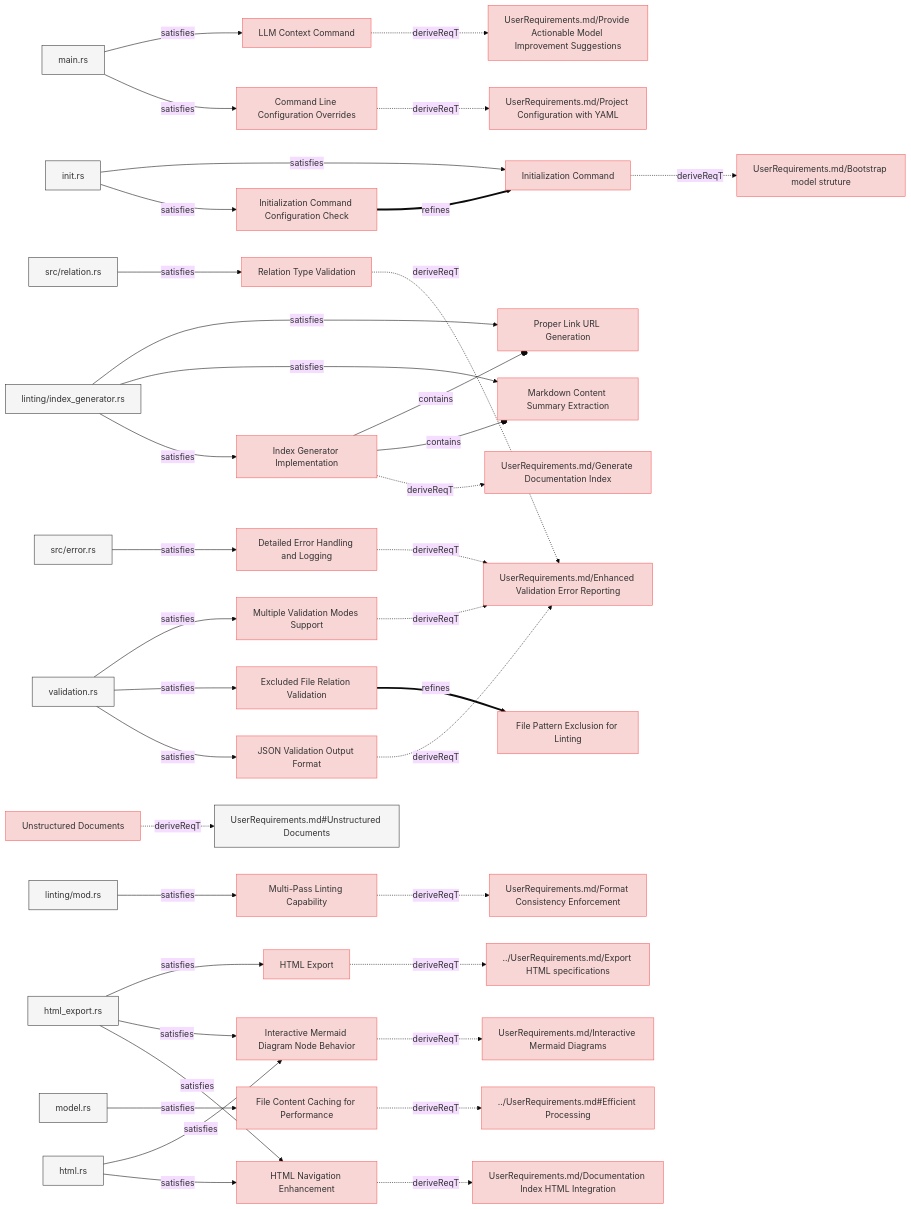
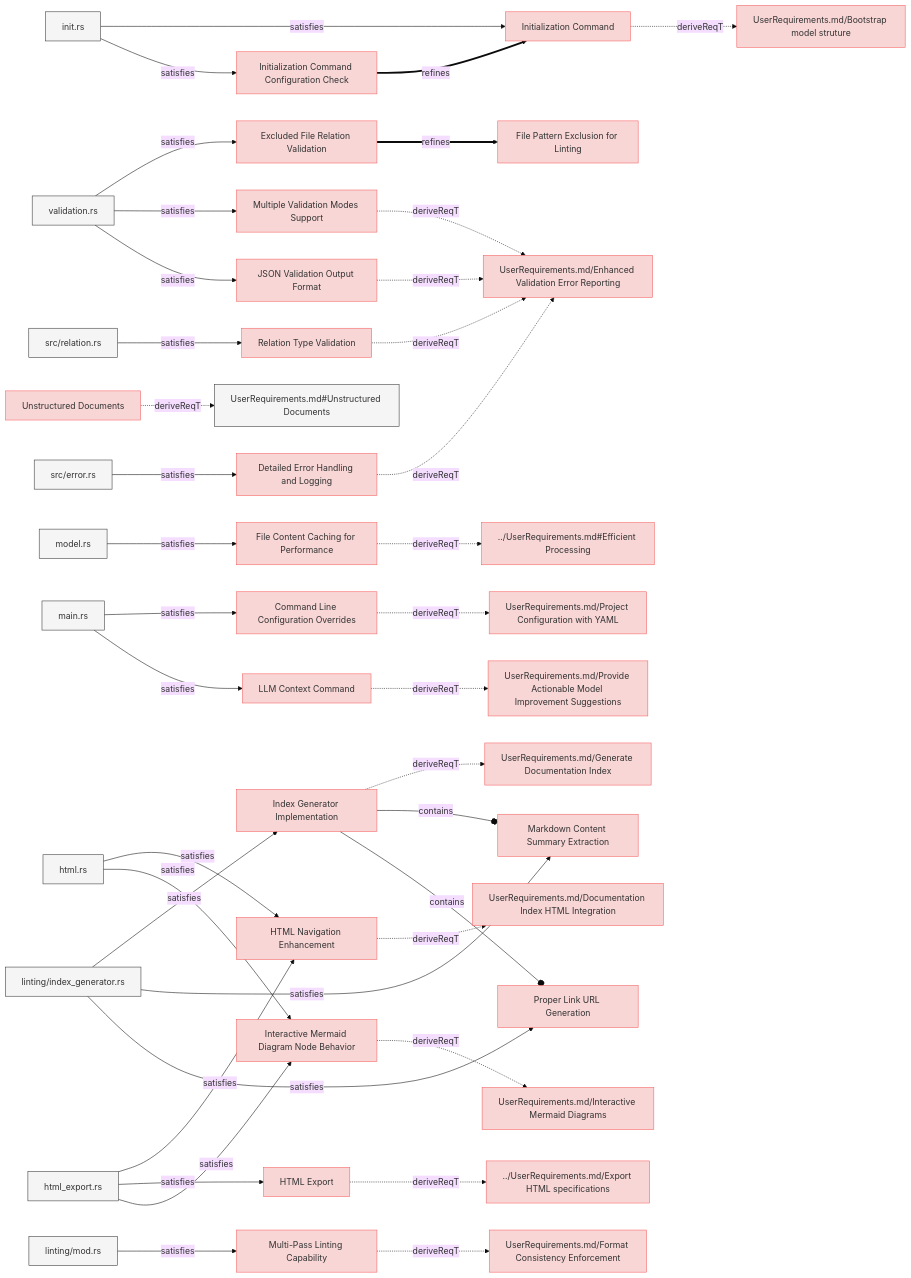
One commit to reqvire-org/reqvire changed the third of 3 diagrams in specifications/SystemRequirements/Requirements.md. Above: the diagram before and after it, drawn with Mermaid (base theme). The commit also changed other lines of this file and 10 other files, not shown here.

````diff
--- a/specifications/SystemRequirements/Requirements.md
+++ b/specifications/SystemRequirements/Requirements.md
@@ -376,6 +318,156 @@
   classDef externalLink fill:#d0e0ff,stroke:#3080ff,stroke-width:1px;
   classDef default fill:#f5f5f5,stroke:#333333,stroke-width:1px;
 
+  c5c85bedd1["Excluded File Relation Validation"];
+  click c5c85bedd1 "Requirements.md#excluded-file-relation-validation";
+  class c5c85bedd1 requirement;
+  45770e9b31["File Pattern Exclusion for Linting"];
+  class 45770e9b31 requirement;
+  click 45770e9b31 "Requirements.md#file-pattern-exclusion-for-linting";
+  c5c85bedd1 ==>|refines| 45770e9b31;
+  23c0490f7b["src/validation.rs"];
+  class 23c0490f7b default;
+  click 23c0490f7b "/src/validation.rs";
+  23c0490f7b -->|satisfies| c5c85bedd1;
+  ec70b05609["Index Generator Implementation"];
+  click ec70b05609 "Requirements.md#index-generator-implementation";
+  class ec70b05609 requirement;
+  f5b5eaeb28["UserRequirements.md/Generate Documentation Index"];
+  class f5b5eaeb28 requirement;
+  click f5b5eaeb28 "../UserRequirements.md#generate-documentation-index";
+  ec70b05609 -.->|deriveReqT| f5b5eaeb28;
+  6433b28d02["linting/index_generator.rs"];
+  class 6433b28d02 default;
+  click 6433b28d02 "/src/linting/index_generator.rs";
+  6433b28d02 -->|satisfies| ec70b05609;
+  2294a7e703["Initialization Command"];
+  click 2294a7e703 "Requirements.md#initialization-command";
+  class 2294a7e703 requirement;
+  a2398f7051["UserRequirements.md/Bootstrap model struture"];
+  class a2398f7051 requirement;
+  click a2398f7051 "../UserRequirements.md#bootstrap-model-struture";
+  2294a7e703 -.->|deriveReqT| a2398f7051;
+  5a12561904["init.rs"];
+  class 5a12561904 default;
+  click 5a12561904 "/src/init.rs";
+  5a12561904 -->|satisfies| 2294a7e703;
+  3b4ff428f7["Multiple Validation Modes Support"];
+  click 3b4ff428f7 "Requirements.md#multiple-validation-modes-support";
+  class 3b4ff428f7 requirement;
+  7cf5cf9900["UserRequirements.md/Enhanced Validation Error Reporting"];
+  class 7cf5cf9900 requirement;
+  click 7cf5cf9900 "../UserRequirements.md#enhanced-validation-error-reporting";
+  3b4ff428f7 -.->|deriveReqT| 7cf5cf9900;
+  23c0490f7b["validation.rs"];
+  class 23c0490f7b default;
+  click 23c0490f7b "/src/validation.rs";
+  23c0490f7b -->|satisfies| 3b4ff428f7;
+  94546ef055["Command Line Configuration Overrides"];
+  click 94546ef055 "Requirements.md#command-line-configuration-overrides";
+  class 94546ef055 requirement;
+  7430e12113["UserRequirements.md/Project Configuration with YAML"];
+  class 7430e12113 requirement;
+  click 7430e12113 "../UserRequirements.md#project-configuration-with-yaml";
+  94546ef055 -.->|deriveReqT| 7430e12113;
+  1e4703f03b["main.rs"];
+  class 1e4703f03b default;
+  click 1e4703f03b "/src/main.rs";
+  1e4703f03b -->|satisfies| 94546ef055;
+  dcf18d2ae4["JSON Validation Output Format"];
+  click dcf18d2ae4 "Requirements.md#json-validation-output-format";
+  class dcf18d2ae4 requirement;
+  dcf18d2ae4 -.->|deriveReqT| 7cf5cf9900;
+  23c0490f7b["validation.rs"];
+  class 23c0490f7b default;
+  click 23c0490f7b "/src/validation.rs";
+  23c0490f7b -->|satisfies| dcf18d2ae4;
+  86e0701b6c["HTML Navigation Enhancement"];
+  click 86e0701b6c "Requirements.md#html-navigation-enhancement";
+  class 86e0701b6c requirement;
+  e1c89b5d94["UserRequirements.md/Documentation Index HTML Integration"];
+  class e1c89b5d94 requirement;
+  click e1c89b5d94 "../UserRequirements.md#documentation-index-html-integration";
+  86e0701b6c -.->|deriveReqT| e1c89b5d94;
+  2634dfc94f["html.rs"];
+  class 2634dfc94f default;
+  click 2634dfc94f "/src/html.rs";
+  2634dfc94f -->|satisfies| 86e0701b6c;
+  95675a5651["html_export.rs"];
+  class 95675a5651 default;
+  click 95675a5651 "/src/html_export.rs";
+  95675a5651 -->|satisfies| 86e0701b6c;
+  5a1719a264["Unstructured Documents"];
+  click 5a1719a264 "Requirements.md#unstructured-documents";
+  class 5a1719a264 requirement;
+  925533940c["UserRequirements.md#Unstructured Documents"];
+  class 925533940c default;
+  click 925533940c "../UserRequirements.md#unstructured-documents";
+  5a1719a264 -.->|deriveReqT| 925533940c;
+  5870488e00["Relation Type Validation"];
+  click 5870488e00 "Requirements.md#relation-type-validation";
+  class 5870488e00 requirement;
+  5870488e00 -.->|deriveReqT| 7cf5cf9900;
+  3fc2f2af6f["src/relation.rs"];
+  class 3fc2f2af6f default;
+  click 3fc2f2af6f "/src/relation.rs";
+  3fc2f2af6f -->|satisfies| 5870488e00;
+  714d92f4ec["Initialization Command Configuration Check"];
+  click 714d92f4ec "Requirements.md#initialization-command-configuration-check";
+  class 714d92f4ec requirement;
+  714d92f4ec ==>|refines| 2294a7e703;
+  5a12561904["init.rs"];
+  class 5a12561904 default;
+  click 5a12561904 "/src/init.rs";
+  5a12561904 -->|satisfies| 714d92f4ec;
+  98bd2bd6bd["File Content Caching for Performance"];
+  click 98bd2bd6bd "Requirements.md#file-content-caching-for-performance";
+  class 98bd2bd6bd requirement;
+  f07cf1cbfa["../UserRequirements.md#Efficient Processing"];
+  class f07cf1cbfa requirement;
+  click f07cf1cbfa "../UserRequirements.md#efficient-processing";
+  98bd2bd6bd -.->|deriveReqT| f07cf1cbfa;
+  f40f16b635["model.rs"];
+  class f40f16b635 default;
+  click f40f16b635 "/src/model.rs";
+  f40f16b635 -->|satisfies| 98bd2bd6bd;
+  c8b6ccc187["HTML Export"];
+  click c8b6ccc187 "Requirements.md#html-export";
+  class c8b6ccc187 requirement;
+  72c7eda618["../UserRequirements.md/Export HTML specifications"];
+  class 72c7eda618 requirement;
+  click 72c7eda618 "../UserRequirements.md#export-html-specifications";
+  c8b6ccc187 -.->|deriveReqT| 72c7eda618;
+  95675a5651["html_export.rs"];
+  class 95675a5651 default;
+  click 95675a5651 "/src/html_export.rs";
+  95675a5651 -->|satisfies| c8b6ccc187;
+  464cd8f172["Markdown Content Summary Extraction"];
+  click 464cd8f172 "Requirements.md#markdown-content-summary-extraction";
+  class 464cd8f172 requirement;
+  ec70b05609 --o|contains| 464cd8f172;
+  6433b28d02["linting/index_generator.rs"];
+  class 6433b28d02 default;
+  click 6433b28d02 "/src/linting/index_generator.rs";
+  6433b28d02 -->|satisfies| 464cd8f172;
+  feb2e14e3b["Multi-Pass Linting Capability"];
+  click feb2e14e3b "Requirements.md#multi-pass-linting-capability";
+  class feb2e14e3b requirement;
+  81758bdb22["UserRequirements.md/Format Consistency Enforcement"];
+  class 81758bdb22 requirement;
+  click 81758bdb22 "../UserRequirements.md#format-consistency-enforcement";
+  feb2e14e3b -.->|deriveReqT| 81758bdb22;
+  5d72a78def["linting/mod.rs"];
+  class 5d72a78def default;
+  click 5d72a78def "/src/linting/mod.rs";
+  5d72a78def -->|satisfies| feb2e14e3b;
+  e30559f0b9["Proper Link URL Generation"];
+  click e30559f0b9 "Requirements.md#proper-link-url-generation";
+  class e30559f0b9 requirement;
+  ec70b05609 --o|contains| e30559f0b9;
+  6433b28d02["linting/index_generator.rs"];
+  class 6433b28d02 default;
+  click 6433b28d02 "/src/linting/index_generator.rs";
+  6433b28d02 -->|satisfies| e30559f0b9;
   8ba9c7e059["LLM Context Command"];
   click 8ba9c7e059 "Requirements.md#llm-context-command";
   class 8ba9c7e059 requirement;
@@ -385,151 +477,16 @@
   8ba9c7e059 -.->|deriveReqT| ec56dd665a;
   1e4703f03b["main.rs"];
   class 1e4703f03b default;
-  click 1e4703f03b "https://github.com/reqflow/reqflow/src/main.rs";
+  click 1e4703f03b "/src/main.rs";
   1e4703f03b -->|satisfies| 8ba9c7e059;
-  c8b6ccc187["HTML Export"];
-  click c8b6ccc187 "Requirements.md#html-export";
-  class c8b6ccc187 requirement;
-  72c7eda618["../UserRequirements.md/Export HTML specifications"];
-  class 72c7eda618 requirement;
-  click 72c7eda618 "../UserRequirements.md#export-html-specifications";
-  c8b6ccc187 -.->|deriveReqT| 72c7eda618;
-  95675a5651["html_export.rs"];
-  class 95675a5651 default;
-  click 95675a5651 "https://github.com/reqflow/reqflow/src/html_export.rs";
-  95675a5651 -->|satisfies| c8b6ccc187;
-  e30559f0b9["Proper Link URL Generation"];
-  click e30559f0b9 "Requirements.md#proper-link-url-generation";
-  class e30559f0b9 requirement;
-  ec70b05609["Index Generator Implementation"];
-  class ec70b05609 requirement;
-  click ec70b05609 "Requirements.md#index-generator-implementation";
-  ec70b05609 --o|contains| e30559f0b9;
-  6433b28d02["linting/index_generator.rs"];
-  class 6433b28d02 default;
-  click 6433b28d02 "https://github.com/reqflow/reqflow/src/linting/index_generator.rs";
-  6433b28d02 -->|satisfies| e30559f0b9;
-  94546ef055["Command Line Configuration Overrides"];
-  click 94546ef055 "Requirements.md#command-line-configuration-overrides";
-  class 94546ef055 requirement;
-  7430e12113["UserRequirements.md/Project Configuration with YAML"];
-  class 7430e12113 requirement;
-  click 7430e12113 "../UserRequirements.md#project-configuration-with-yaml";
-  94546ef055 -.->|deriveReqT| 7430e12113;
-  1e4703f03b["main.rs"];
-  class 1e4703f03b default;
-  click 1e4703f03b "https://github.com/reqflow/reqflow/src/main.rs";
-  1e4703f03b -->|satisfies| 94546ef055;
-  2294a7e703["Initialization Command"];
-  click 2294a7e703 "Requirements.md#initialization-command";
-  class 2294a7e703 requirement;
-  a2398f7051["UserRequirements.md/Bootstrap model struture"];
-  class a2398f7051 requirement;
-  click a2398f7051 "../UserRequirements.md#bootstrap-model-struture";
-  2294a7e703 -.->|deriveReqT| a2398f7051;
-  5a12561904["init.rs"];
-  class 5a12561904 default;
-  click 5a12561904 "https://github.com/reqflow/reqflow/src/init.rs";
-  5a12561904 -->|satisfies| 2294a7e703;
-  5870488e00["Relation Type Validation"];
-  click 5870488e00 "Requirements.md#relation-type-validation";
-  class 5870488e00 requirement;
-  7cf5cf9900["UserRequirements.md/Enhanced Validation Error Reporting"];
-  class 7cf5cf9900 requirement;
-  click 7cf5cf9900 "../UserRequirements.md#enhanced-validation-error-reporting";
-  5870488e00 -.->|deriveReqT| 7cf5cf9900;
-  3fc2f2af6f["src/relation.rs"];
-  class 3fc2f2af6f default;
-  click 3fc2f2af6f "https://github.com/reqflow/reqflow/src/relation.rs";
-  3fc2f2af6f -->|satisfies| 5870488e00;
-  714d92f4ec["Initialization Command Configuration Check"];
-  click 714d92f4ec "Requirements.md#initialization-command-configuration-check";
-  class 714d92f4ec requirement;
-  714d92f4ec ==>|refines| 2294a7e703;
-  5a12561904["init.rs"];
-  class 5a12561904 default;
-  click 5a12561904 "https://github.com/reqflow/reqflow/src/init.rs";
-  5a12561904 -->|satisfies| 714d92f4ec;
-  feb2e14e3b["Multi-Pass Linting Capability"];
-  click feb2e14e3b "Requirements.md#multi-pass-linting-capability";
-  class feb2e14e3b requirement;
-  81758bdb22["UserRequirements.md/Format Consistency Enforcement"];
-  class 81758bdb22 requirement;
-  click 81758bdb22 "../UserRequirements.md#format-consistency-enforcement";
-  feb2e14e3b -.->|deriveReqT| 81758bdb22;
-  5d72a78def["linting/mod.rs"];
-  class 5d72a78def default;
-  click 5d72a78def "https://github.com/reqflow/reqflow/src/linting/mod.rs";
-  5d72a78def -->|satisfies| feb2e14e3b;
-  464cd8f172["Markdown Content Summary Extraction"];
-  click 464cd8f172 "Requirements.md#markdown-content-summary-extraction";
-  class 464cd8f172 requirement;
-  ec70b05609 --o|contains| 464cd8f172;
-  6433b28d02["linting/index_generator.rs"];
-  class 6433b28d02 default;
-  click 6433b28d02 "https://github.com/reqflow/reqflow/src/linting/index_generator.rs";
-  6433b28d02 -->|satisfies| 464cd8f172;
-  98bd2bd6bd["File Content Caching for Performance"];
-  click 98bd2bd6bd "Requirements.md#file-content-caching-for-performance";
-  class 98bd2bd6bd requirement;
-  f07cf1cbfa["../UserRequirements.md#Efficient Processing"];
-  class f07cf1cbfa requirement;
-  click f07cf1cbfa "../UserRequirements.md#efficient-processing";
-  98bd2bd6bd -.->|deriveReqT| f07cf1cbfa;
-  f40f16b635["model.rs"];
-  class f40f16b635 default;
-  click f40f16b635 "https://github.com/reqflow/reqflow/src/model.rs";
-  f40f16b635 -->|satisfies| 98bd2bd6bd;
-  3b4ff428f7["Multiple Validation Modes Support"];
-  click 3b4ff428f7 "Requirements.md#multiple-validation-modes-support";
-  class 3b4ff428f7 requirement;
-  3b4ff428f7 -.->|deriveReqT| 7cf5cf9900;
-  23c0490f7b["validation.rs"];
-  class 23c0490f7b default;
-  click 23c0490f7b "https://github.com/reqflow/reqflow/src/validation.rs";
-  23c0490f7b -->|satisfies| 3b4ff428f7;
   bdfd9d65e4["Detailed Error Handling and Logging"];
   click bdfd9d65e4 "Requirements.md#detailed-error-handling-and-logging";
   class bdfd9d65e4 requirement;
   bdfd9d65e4 -.->|deriveReqT| 7cf5cf9900;
   9cc67347e0["src/error.rs"];
   class 9cc67347e0 default;
-  click 9cc67347e0 "https://github.com/reqflow/reqflow/src/error.rs";
+  click 9cc67347e0 "/src/error.rs";
   9cc67347e0 -->|satisfies| bdfd9d65e4;
-  c5c85bedd1["Excluded File Relation Validation"];
-  click c5c85bedd1 "Requirements.md#excluded-file-relation-validation";
-  class c5c85bedd1 requirement;
-  45770e9b31["File Pattern Exclusion for Linting"];
-  class 45770e9b31 requirement;
-  click 45770e9b31 "Requirements.md#file-pattern-exclusion-for-linting";
-  c5c85bedd1 ==>|refines| 45770e9b31;
-  23c0490f7b["src/validation.rs"];
-  class 23c0490f7b default;
-  click 23c0490f7b "https://github.com/reqflow/reqflow/src/validation.rs";
-  23c0490f7b -->|satisfies| c5c85bedd1;
-  5a1719a264["Unstructured Documents"];
-  click 5a1719a264 "Requirements.md#unstructured-documents";
-  class 5a1719a264 requirement;
-  925533940c["UserRequirements.md#Unstructured Documents"];
-  class 925533940c default;
-  click 925533940c "../UserRequirements.md#unstructured-documents";
-  5a1719a264 -.->|deriveReqT| 925533940c;
-  f5b5eaeb28["UserRequirements.md/Generate Documentation Index"];
-  class f5b5eaeb28 requirement;
-  click f5b5eaeb28 "../UserRequirements.md#generate-documentation-index";
-  ec70b05609 -.->|deriveReqT| f5b5eaeb28;
-  6433b28d02["linting/index_generator.rs"];
-  class 6433b28d02 default;
-  click 6433b28d02 "https://github.com/reqflow/reqflow/src/linting/index_generator.rs";
-  6433b28d02 -->|satisfies| ec70b05609;
-  dcf18d2ae4["JSON Validation Output Format"];
-  click dcf18d2ae4 "Requirements.md#json-validation-output-format";
-  class dcf18d2ae4 requirement;
-  dcf18d2ae4 -.->|deriveReqT| 7cf5cf9900;
-  23c0490f7b["validation.rs"];
-  class 23c0490f7b default;
-  click 23c0490f7b "https://github.com/reqflow/reqflow/src/validation.rs";
-  23c0490f7b -->|satisfies| dcf18d2ae4;
   7a8da8dfee["Interactive Mermaid Diagram Node Behavior"];
   click 7a8da8dfee "Requirements.md#interactive-mermaid-diagram-node-behavior";
   class 7a8da8dfee requirement;
@@ -539,25 +496,10 @@
   7a8da8dfee -.->|deriveReqT| e867499409;
   2634dfc94f["html.rs"];
   class 2634dfc94f default;
-  click 2634dfc94f "https://github.com/reqflow/reqflow/src/html.rs";
+  click 2634dfc94f "/src/html.rs";
   2634dfc94f -->|satisfies| 7a8da8dfee;
   95675a5651["html_export.rs"];
   class 95675a5651 default;
-  click 95675a5651 "https://github.com/reqflow/reqflow/src/html_export.rs";
+  click 95675a5651 "/src/html_export.rs";
   95675a5651 -->|satisfies| 7a8da8dfee;
-  86e0701b6c["HTML Navigation Enhancement"];
-  click 86e0701b6c "Requirements.md#html-navigation-enhancement";
-  class 86e0701b6c requirement;
-  e1c89b5d94["UserRequirements.md/Documentation Index HTML Integration"];
-  class e1c89b5d94 requirement;
-  click e1c89b5d94 "../UserRequirements.md#documentation-index-html-integration";
-  86e0701b6c -.->|deriveReqT| e1c89b5d94;
-  2634dfc94f["html.rs"];
-  class 2634dfc94f default;
-  click 2634dfc94f "https://github.com/reqflow/reqflow/src/html.rs";
-  2634dfc94f -->|satisfies| 86e0701b6c;
-  95675a5651["html_export.rs"];
-  class 95675a5651 default;
-  click 95675a5651 "https://github.com/reqflow/reqflow/src/html_export.rs";
-  95675a5651 -->|satisfies| 86e0701b6c;
 ```
````
